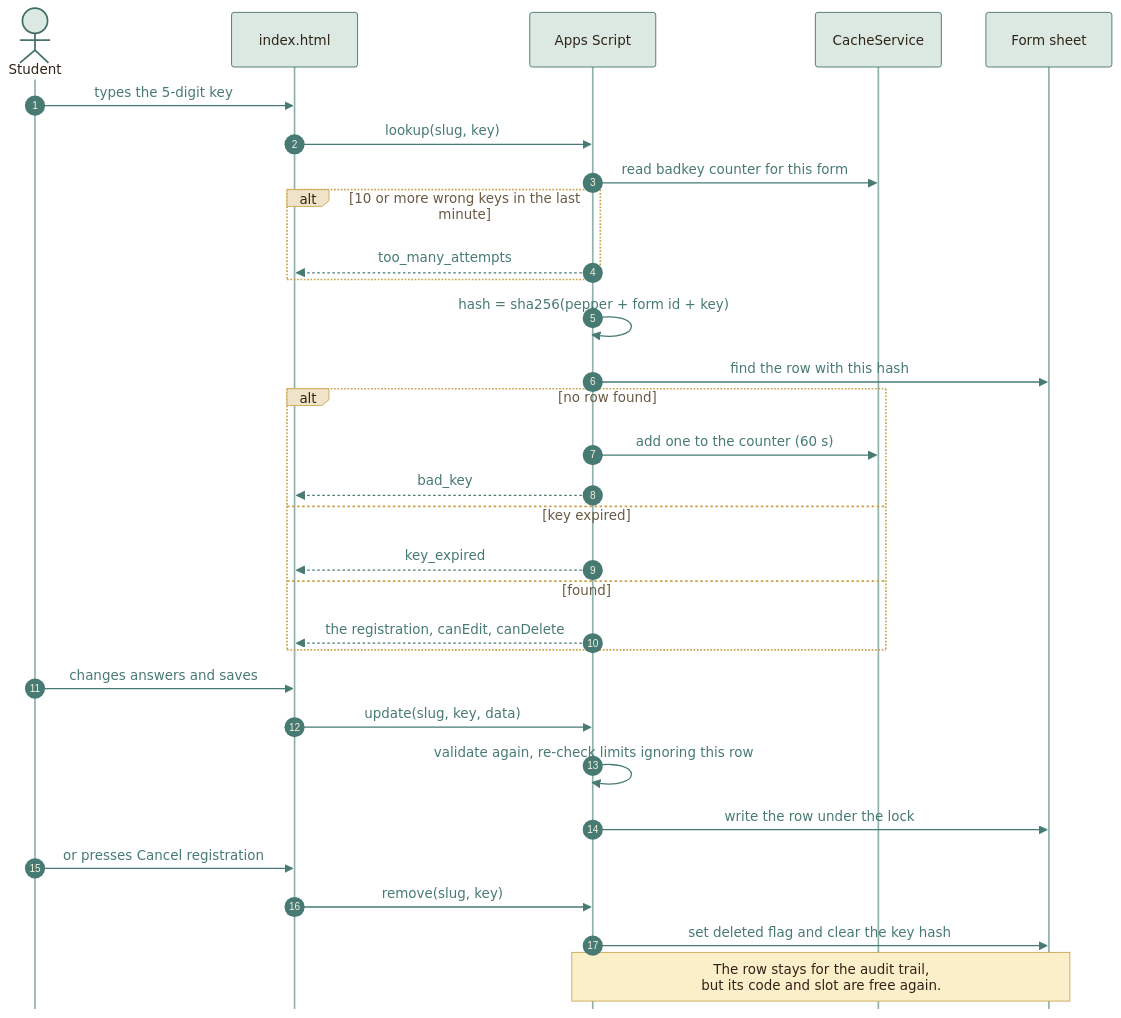
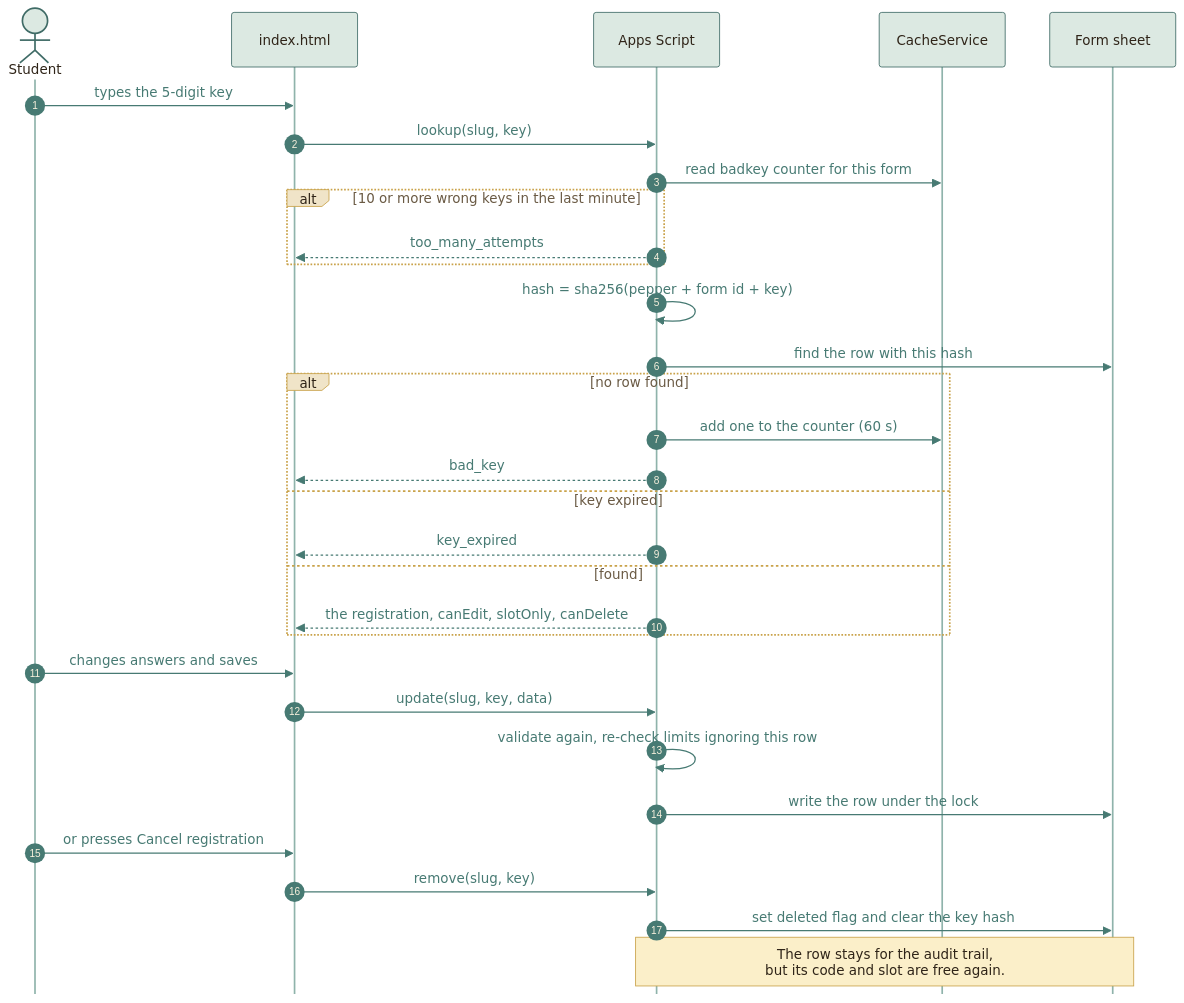
The fourth of 12 diagrams in docs/architecture/ARCHITECTURE.md (moyeh04/forms-platform), drawn with Mermaid before and after one commit. The commit also changed other lines of this file and 12 other files, not shown here.

````diff
--- a/docs/architecture/ARCHITECTURE.md
+++ b/docs/architecture/ARCHITECTURE.md
@@ -281,56 +281,56 @@
 ```mermaid
 %%{init: {
   'theme': 'base',
   'themeVariables': {
     'fontFamily': 'ui-sans-serif, system-ui, -apple-system, Segoe UI, Roboto, sans-serif',
     'fontSize': '15px',
     'primaryColor': '#DCE9E2', 'primaryBorderColor': '#3F6B66', 'primaryTextColor': '#2F2418',
     'secondaryColor': '#F0E4C8', 'secondaryBorderColor': '#C9A24A', 'secondaryTextColor': '#2F2418',
     'tertiaryColor': '#F6EFDC', 'tertiaryBorderColor': '#CDBB94', 'tertiaryTextColor': '#2F2418',
     'lineColor': '#3F6B66', 'textColor': '#2F2418', 'mainBkg': '#DCE9E2', 'nodeBorder': '#3F6B66',
     'clusterBkg': '#F6EFDC', 'clusterBorder': '#CDBB94', 'titleColor': '#2F2418',
     'edgeLabelBackground': '#F8F1DD',
     'actorBkg': '#DCE9E2', 'actorBorder': '#3F6B66', 'actorTextColor': '#2F2418', 'actorLineColor': '#8FB3AB',
     'signalColor': '#477A73', 'signalTextColor': '#477A73',
     'labelBoxBkgColor': '#F0E4C8', 'labelBoxBorderColor': '#C9A24A', 'labelTextColor': '#2F2418', 'loopTextColor': '#6A5A44',
     'noteBkgColor': '#FBEFC9', 'noteBorderColor': '#C9A24A', 'noteTextColor': '#2F2418',
     'activationBkgColor': '#DCE9E2', 'activationBorderColor': '#3F6B66', 'sequenceNumberColor': '#F8F1DD',
     'transitionColor': '#3F6B66', 'stateLabelColor': '#2F2418', 'stateBkg': '#DCE9E2', 'altBackground': '#F6EFDC',
     'attributeBackgroundColorOdd': '#F8F1DD', 'attributeBackgroundColorEven': '#F0E4C8'
   },
   'flowchart': {'curve': 'basis', 'padding': 14, 'nodeSpacing': 40, 'rankSpacing': 46},
   'sequence': {'mirrorActors': false, 'messageMargin': 34, 'boxMargin': 8}
 }}%%
 sequenceDiagram
     autonumber
     actor S as Student
     participant P as index.html
     participant G as Apps Script
     participant C as CacheService
     participant SH as Form sheet
 
     S->>P: types the 5-digit key
     P->>G: lookup(slug, key)
     G->>C: read badkey counter for this form
     alt 10 or more wrong keys in the last minute
         G-->>P: too_many_attempts
     end
     G->>G: hash = sha256(pepper + form id + key)
     G->>SH: find the row with this hash
     alt no row found
         G->>C: add one to the counter (60 s)
         G-->>P: bad_key
     else key expired
         G-->>P: key_expired
     else found
-        G-->>P: the registration, canEdit, canDelete
+        G-->>P: the registration, canEdit, slotOnly, canDelete
     end
     S->>P: changes answers and saves
     P->>G: update(slug, key, data)
     G->>G: validate again, re-check limits ignoring this row
     G->>SH: write the row under the lock
     S->>P: or presses Cancel registration
     P->>G: remove(slug, key)
     G->>SH: set deleted flag and clear the key hash
     Note over G,SH: The row stays for the audit trail,<br/>but its code and slot are free again.
 ```
````
